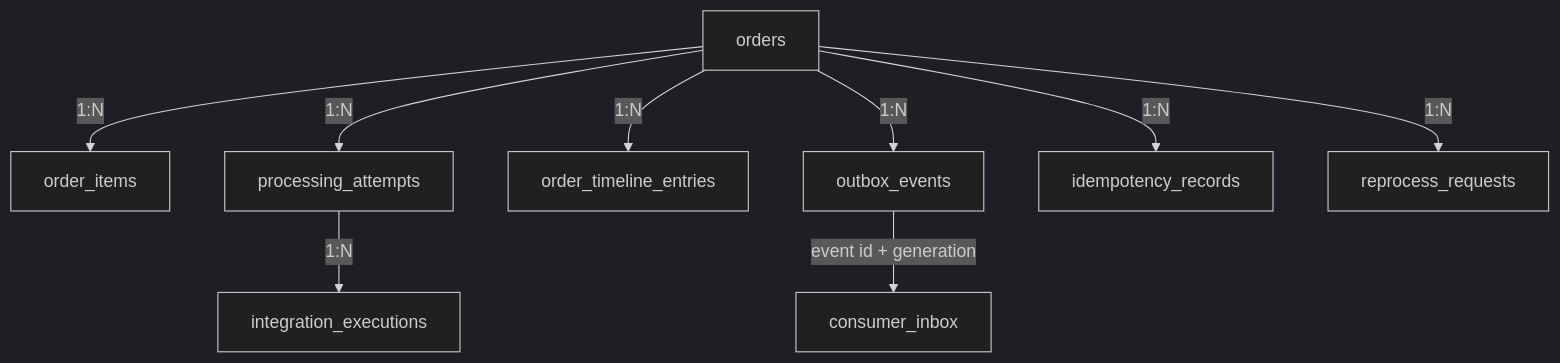
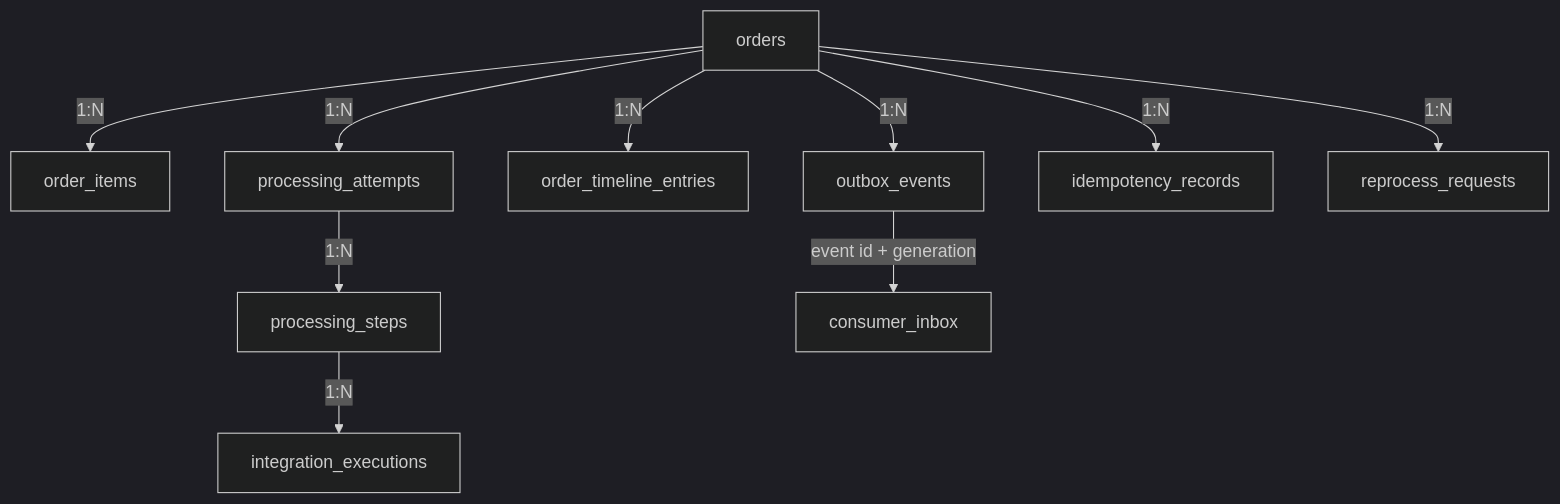
Before and after one commit to lorran-camilo/flowbridge: the first of 2 diagrams in docs/architecture/data-model.md, drawn with Mermaid (dark theme). The commit also changed other lines of this file and 20 other files, not shown here.

First line of the commit message:
docs: finalize FlowBridge Phase 0 documentation

````diff
--- a/docs/architecture/data-model.md
+++ b/docs/architecture/data-model.md
@@ -10,11 +10,12 @@
 ```mermaid
 flowchart TD
   O[orders] -->|1:N| I[order_items]
   O -->|1:N| P[processing_attempts]
-  P -->|1:N| X[integration_executions]
+  P -->|1:N| S[processing_steps]
+  S -->|1:N| X[integration_executions]
   O -->|1:N| H[order_timeline_entries]
   O -->|1:N| E[outbox_events]
   O -->|1:N| K[idempotency_records]
   O -->|1:N| R[reprocess_requests]
   E -->|event id + generation| C[consumer_inbox]
 ```
````
